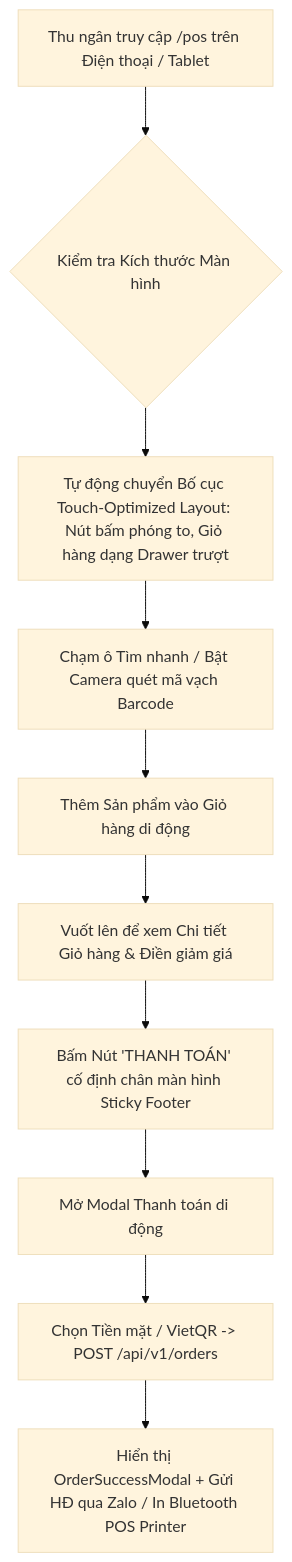
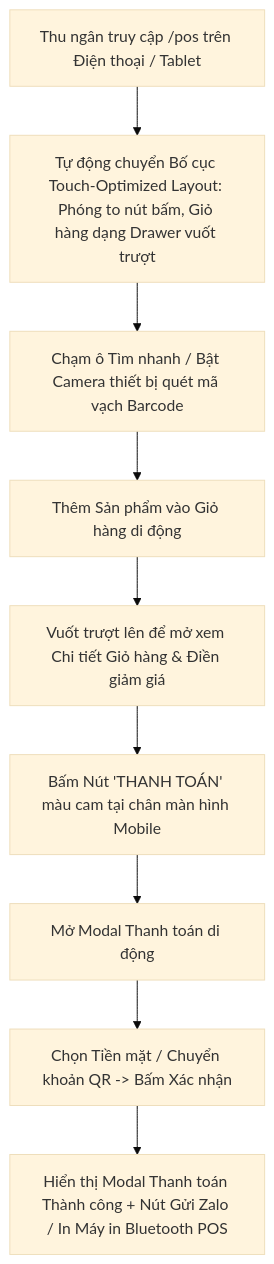
One commit to lean1835/BanHangViet changed diagram 12 of 34 in architecture/full_screen_activity_flows.md. Above: the diagram before and after it, drawn with Mermaid (base theme). The commit also changed other lines of this file, not shown here.

Commit message:
refactor(docs): update full_screen_activity_flows to pure UI/UX screen activity flows

````diff
--- a/architecture/full_screen_activity_flows.md
+++ b/architecture/full_screen_activity_flows.md
@@ -364,14 +341,13 @@
 ```mermaid
 flowchart TD
-    Start[Thu ngân truy cập /pos trên Điện thoại / Tablet] --> CheckDevice{Kiểm tra Kích thước Màn hình}
-    CheckDevice --> AdaptLayout[Tự động chuyển Bố cục Touch-Optimized Layout: Nút bấm phóng to, Giỏ hàng dạng Drawer trượt]
+    Start[Thu ngân truy cập /pos trên Điện thoại / Tablet] --> AdaptLayout[Tự động chuyển Bố cục Touch-Optimized Layout: Phóng to nút bấm, Giỏ hàng dạng Drawer vuốt trượt]
     
-    AdaptLayout --> TouchSearch[Chạm ô Tìm nhanh / Bật Camera quét mã vạch Barcode]
+    AdaptLayout --> TouchSearch[Chạm ô Tìm nhanh / Bật Camera thiết bị quét mã vạch Barcode]
     TouchSearch --> AddItem[Thêm Sản phẩm vào Giỏ hàng di động]
-    AddItem --> OpenCartDrawer[Vuốt lên để xem Chi tiết Giỏ hàng & Điền giảm giá]
+    AddItem --> OpenCartDrawer[Vuốt trượt lên để mở xem Chi tiết Giỏ hàng & Điền giảm giá]
     
-    OpenCartDrawer --> ClickPayMobile[Bấm Nút 'THANH TOÁN' cố định chân màn hình Sticky Footer]
+    OpenCartDrawer --> ClickPayMobile[Bấm Nút 'THANH TOÁN' màu cam tại chân màn hình Mobile]
     ClickPayMobile --> MobilePayModal[Mở Modal Thanh toán di động]
-    MobilePayModal --> ConfirmPay[Chọn Tiền mặt / VietQR -> POST /api/v1/orders]
-    ConfirmPay --> SuccessPrint[Hiển thị OrderSuccessModal + Gửi HĐ qua Zalo / In Bluetooth POS Printer]
+    MobilePayModal --> ConfirmPay[Chọn Tiền mặt / Chuyển khoản QR -> Bấm Xác nhận]
+    ConfirmPay --> SuccessPrint[Hiển thị Modal Thanh toán Thành công + Nút Gửi Zalo / In Máy in Bluetooth POS]
 ```
````
